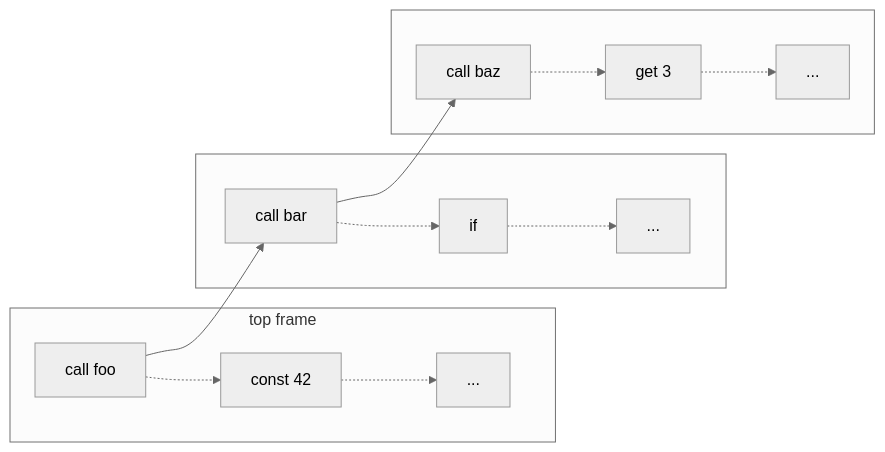
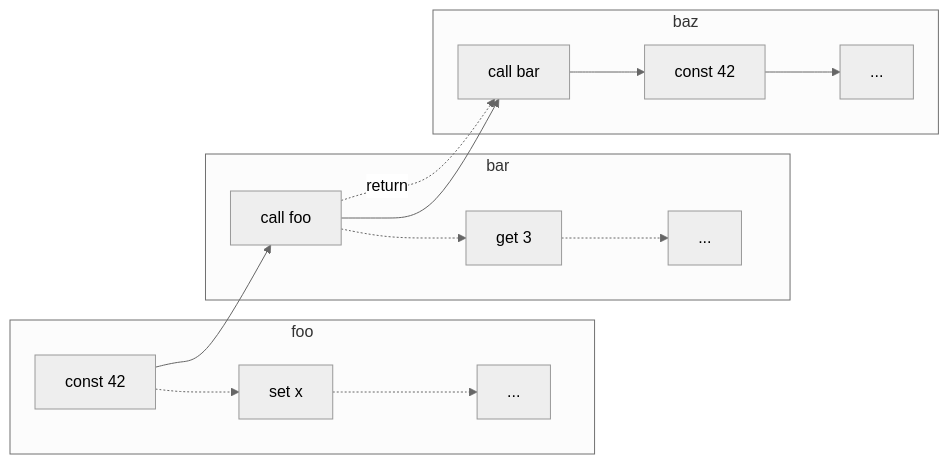
One commit to raviqqe/doc changed the diagram in slides/stak/unicode/backtrace.mmd. Above: the diagram before and after it, drawn with Mermaid (neutral theme).

```diff
--- a/slides/stak/unicode/backtrace.mmd
+++ b/slides/stak/unicode/backtrace.mmd
@@ -1,16 +1,15 @@
 flowchart LR
-  subgraph s0[top frame]
-    c0[call foo] -.-> i0[const 42] -.-> i1[...]
+  subgraph s0[foo]
+    a0[const 42] -.-> a1[set x] -.-> a2[...]
   end
 
-  c0 --> c1
-
-  subgraph s1[ ]
-    c1[call bar] -.-> i2[if] -.-> i3[...]
+  subgraph s1[bar]
+    b0[call foo] -.-> b1[get 3] -.-> b2[...]
+    a0 --> b0
   end
 
-  c1 --> c2
-
-  subgraph s2[ ]
-    c2[call baz] -.-> i4[get 3] -.-> i5[...]
+  subgraph s2[baz]
+    c0[call bar] --> c1[const 42] --> c2[...]
+    b0 --> c0
+    b0 -.->|return| c0
   end
```
